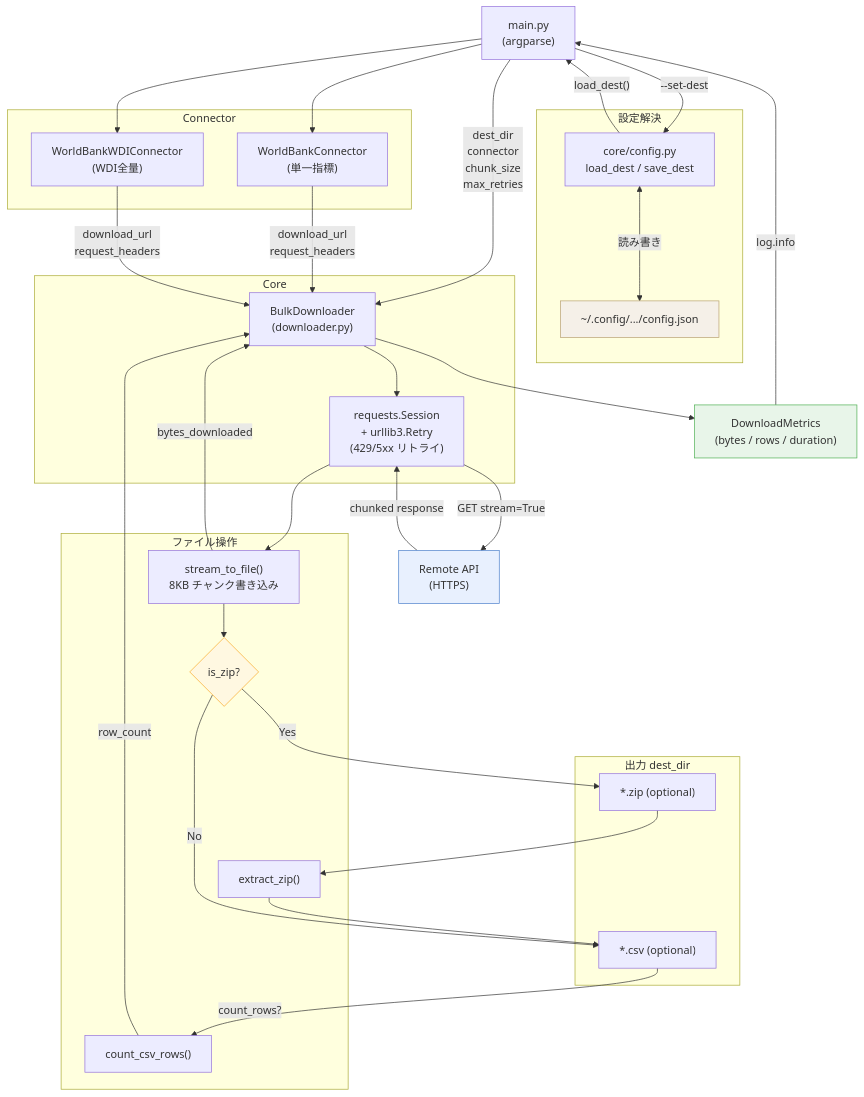
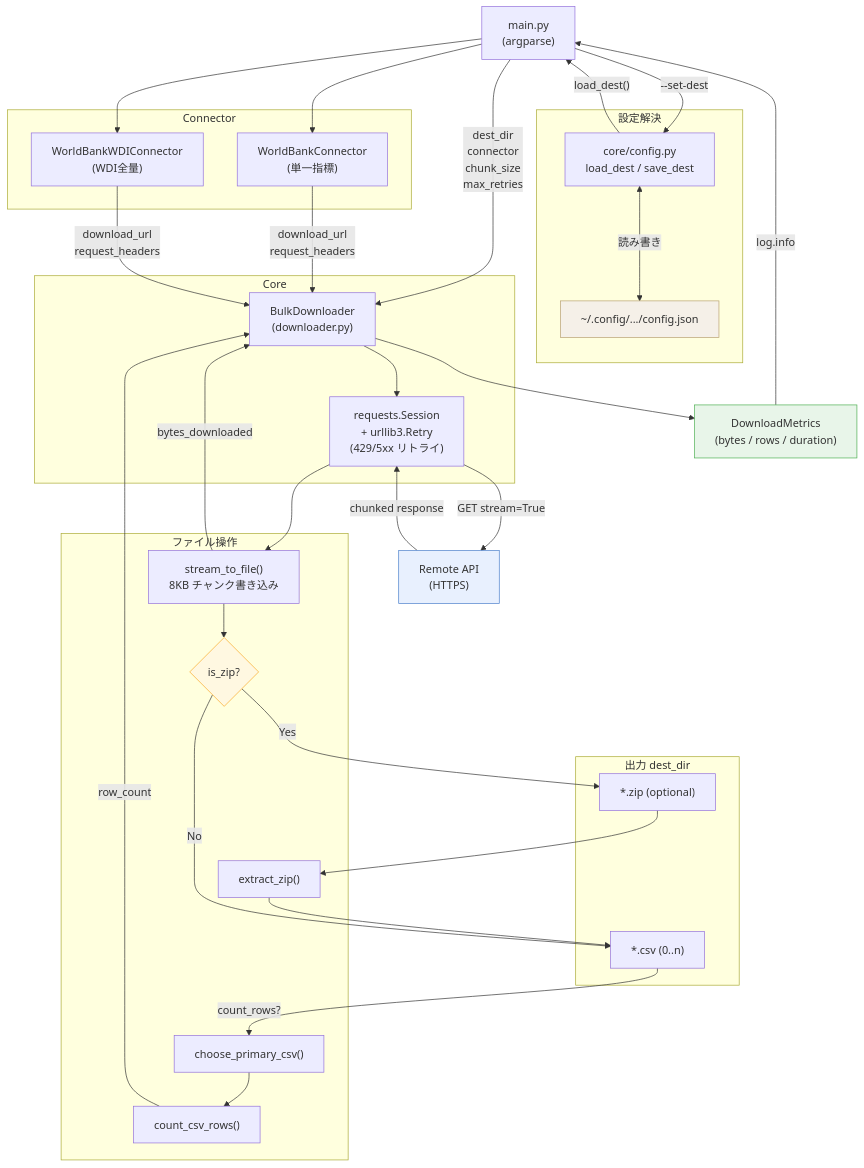
The diagram in README.md (azu-azu/api-bulk-downloader), drawn with Mermaid before and after one commit.

Commit message:
Add CSV selection step to flow diagram
Extend the Mermaid data-flow chart to show the choose_primary_csv step
between extracted CSVs and row counting. Also clarify that ZIP extraction
can yield zero or more CSV files and update node names accordingly for
better accuracy.

````diff
--- a/README.md
+++ b/README.md
@@ -88,68 +88,70 @@
 ```mermaid
 flowchart TD
     CLI["main.py\n(argparse)"]
 
     subgraph 設定解決
         CFG_FILE["~/.config/.../config.json"]
         CFG["core/config.py\nload_dest / save_dest"]
     end
 
     subgraph Connector
         WBC["WorldBankConnector\n(単一指標)"]
         WDIC["WorldBankWDIConnector\n(WDI全量)"]
     end
 
     subgraph Core
         DL["BulkDownloader\n(downloader.py)"]
         SESSION["requests.Session\n+ urllib3.Retry\n(429/5xx リトライ)"]
     end
 
     subgraph ファイル操作
         STREAM["stream_to_file()\n8KB チャンク書き込み"]
         ISZIP{is_zip?}
         UNZIP["extract_zip()"]
+        SELECT["choose_primary_csv()"]
         COUNT["count_csv_rows()"]
     end
 
     subgraph 出力 dest_dir
         ZIP["*.zip (optional)"]
-        CSV["*.csv (optional)"]
+        CSVS["*.csv (0..n)"]
     end
 
     METRICS["DownloadMetrics\n(bytes / rows / duration)"]
     REMOTE["Remote API\n(HTTPS)"]
 
     CLI -->|"--set-dest"| CFG
     CFG <-->|読み書き| CFG_FILE
     CFG -->|"load_dest()"| CLI
 
     CLI -->|"dest_dir\nconnector\nchunk_size\nmax_retries"| DL
 
     CLI --> WBC
     CLI --> WDIC
     WBC -->|"download_url\nrequest_headers"| DL
     WDIC -->|"download_url\nrequest_headers"| DL
 
     DL --> SESSION
     SESSION -->|"GET stream=True"| REMOTE
     REMOTE -->|"chunked response"| SESSION
     SESSION --> STREAM
     STREAM -->|"bytes_downloaded"| DL
     STREAM --> ISZIP
 
     ISZIP -->|Yes| ZIP
     ZIP --> UNZIP
-    UNZIP --> CSV
-    ISZIP -->|No| CSV
+    UNZIP --> CSVS
+    ISZIP -->|No| CSVS
 
-    CSV -->|"count_rows?"| COUNT
+    CSVS -->|"count_rows?"| SELECT
+    SELECT --> COUNT
     COUNT -->|"row_count"| DL
 
     DL --> METRICS
     METRICS -->|"log.info"| CLI
 
     style CFG_FILE fill:#f5f0e8,stroke:#b8a070
     style REMOTE fill:#e8f0fe,stroke:#4a7fcb
     style METRICS fill:#e8f5e9,stroke:#4caf50
     style ISZIP fill:#fff8e1,stroke:#f9a825
 ```
````
